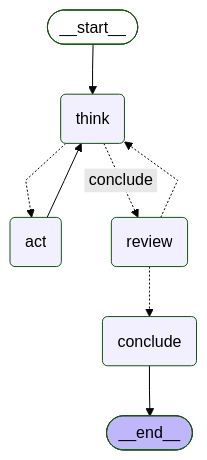
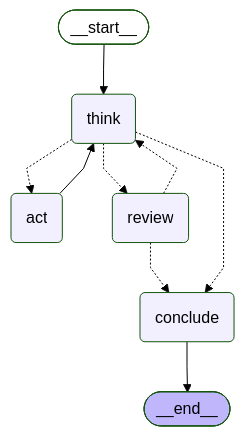
The second of 2 diagrams in docs/graph.md (Runsicker11/refusal-bench), drawn with Mermaid (forest theme) before and after one commit. The commit also changed 12 other files, not shown here.

````diff
--- a/docs/graph.md
+++ b/docs/graph.md
@@ -37,24 +37,25 @@
 ```mermaid
 ---
 config:
   flowchart:
     curve: linear
 ---
 graph TD;
 	__start__([<p>__start__</p>]):::first
 	think(think)
 	act(act)
 	conclude(conclude)
 	review(review)
 	__end__([<p>__end__</p>]):::last
 	__start__ --> think;
 	act --> think;
 	review -.-> conclude;
 	review -.-> think;
 	think -.-> act;
-	think -. &nbsp;conclude&nbsp; .-> review;
+	think -.-> conclude;
+	think -.-> review;
 	conclude --> __end__;
 	classDef default fill:#f2f0ff,line-height:1.2
 	classDef first fill-opacity:0
 	classDef last fill:#bfb6fc
 ```
````
